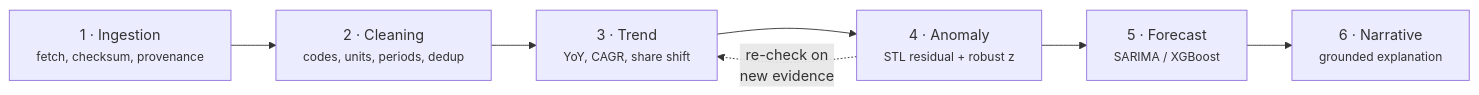
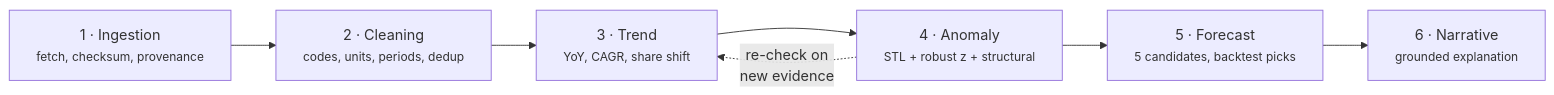
The second of 6 diagrams in README.md (adarshcod30/Air-Cargo-Intelligence), drawn with Mermaid before and after one commit. The commit also changed other lines of this file and 11 other files, not shown here.

````diff
--- a/README.md
+++ b/README.md
@@ -179,12 +179,12 @@
 ```mermaid
 flowchart LR
     A["1 · Ingestion<br/><small>fetch, checksum, provenance</small>"]
     B["2 · Cleaning<br/><small>codes, units, periods, dedup</small>"]
     C["3 · Trend<br/><small>YoY, CAGR, share shift</small>"]
-    D["4 · Anomaly<br/><small>STL residual + robust z</small>"]
-    E["5 · Forecast<br/><small>SARIMA / XGBoost</small>"]
+    D["4 · Anomaly<br/><small>STL + robust z + structural</small>"]
+    E["5 · Forecast<br/><small>5 candidates, backtest picks</small>"]
     F["6 · Narrative<br/><small>grounded explanation</small>"]
 
     A --> B --> C --> D --> E --> F
     D -. "re-check on<br/>new evidence" .-> C
 ```
````
